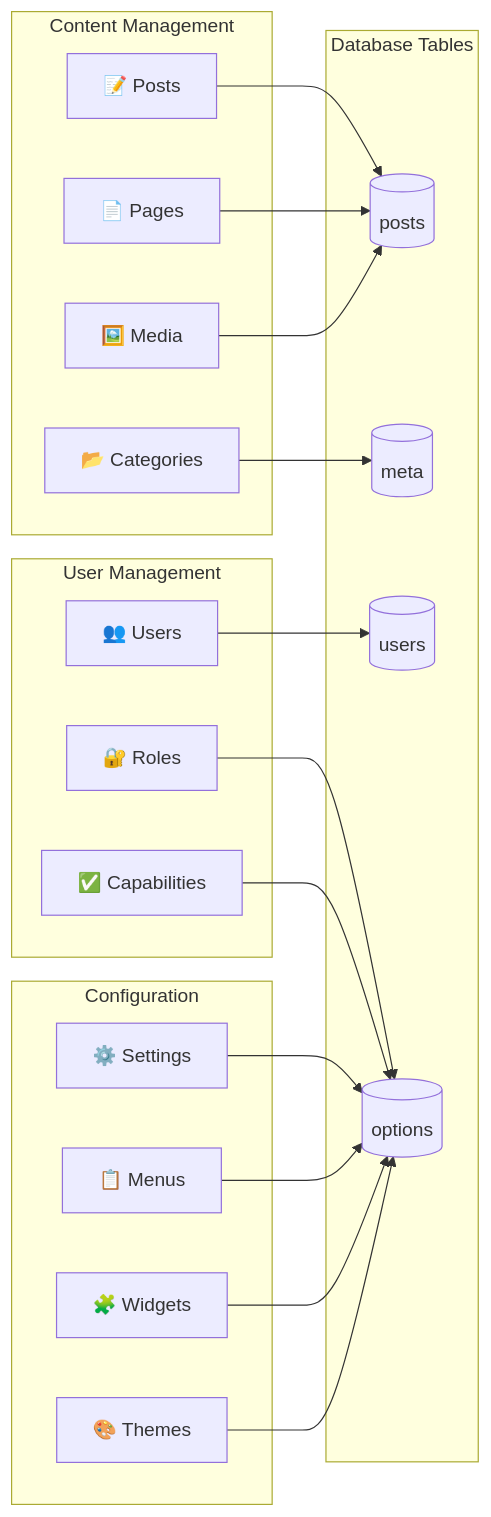
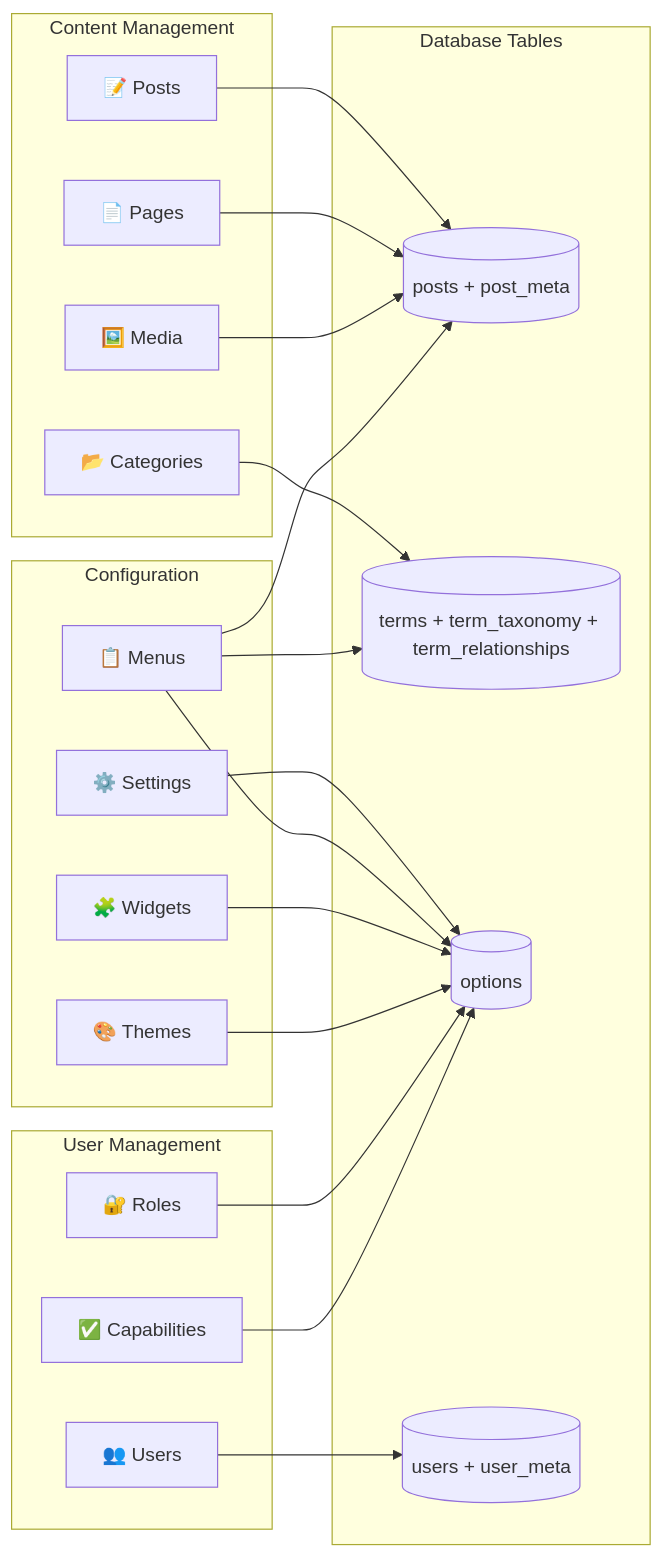
One commit to jaimemartinez/wordjs changed the ninth of 11 diagrams in documentation/architecture.md. Above: the diagram before and after it, drawn with Mermaid. The commit also changed other lines of this file and 48 other files, not shown here.

````diff
--- a/documentation/architecture.md
+++ b/documentation/architecture.md
@@ -504,41 +513,43 @@
 ```mermaid
 graph LR
     subgraph "Content Management"
         Posts[📝 Posts]
         Pages[📄 Pages]
         Media[🖼️ Media]
         Categories[📂 Categories]
     end
 
     subgraph "Configuration"
         Settings[⚙️ Settings]
         Menus[📋 Menus]
         Widgets[🧩 Widgets]
         Themes[🎨 Themes]
     end
 
     subgraph "User Management"
         Users[👥 Users]
         Roles[🔐 Roles]
         Capabilities[✅ Capabilities]
     end
 
     subgraph "Database Tables"
-        posts_table[(posts)]
+        posts_table[(posts + post_meta)]
+        terms_table[(terms + term_taxonomy + term_relationships)]
         options_table[(options)]
-        users_table[(users)]
-        meta_table[(meta)]
+        users_table[(users + user_meta)]
     end
 
     Posts --> posts_table
     Pages --> posts_table
     Media --> posts_table
-    Categories --> meta_table
+    Categories --> terms_table
     Settings --> options_table
+    Menus --> terms_table
+    Menus --> posts_table
     Menus --> options_table
     Widgets --> options_table
     Themes --> options_table
     Users --> users_table
     Roles --> options_table
     Capabilities --> options_table
 ```
````
